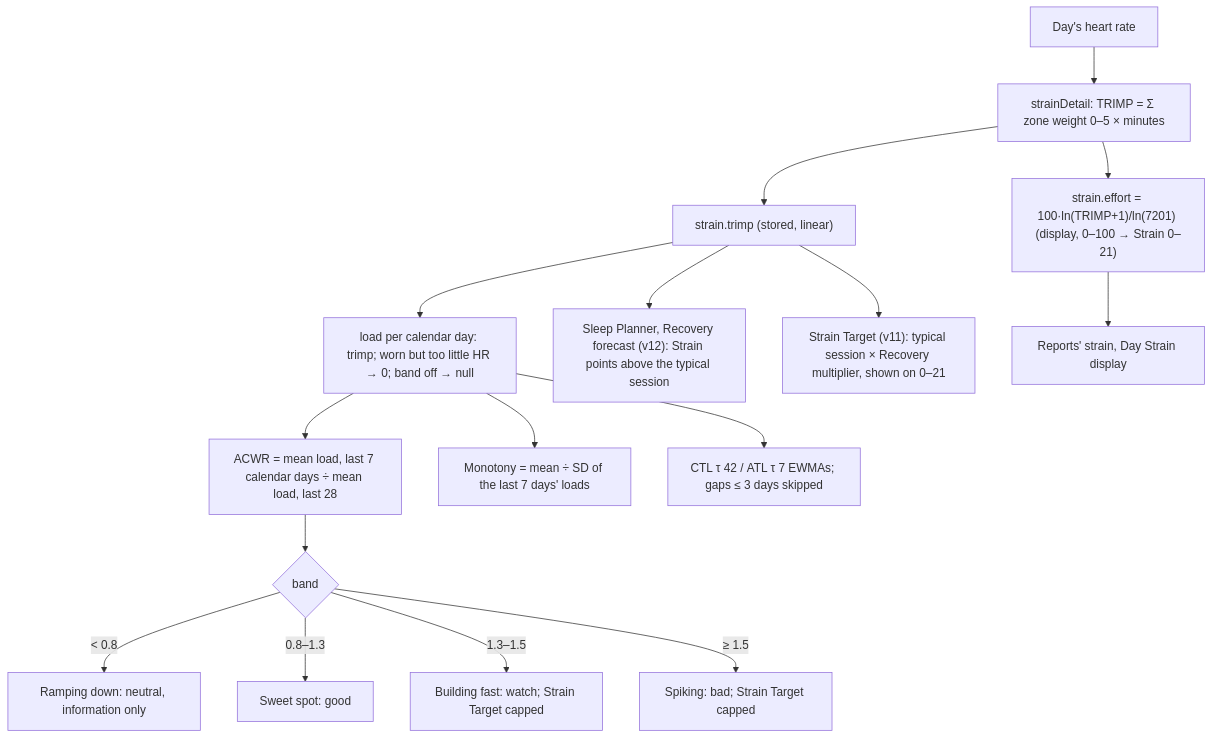
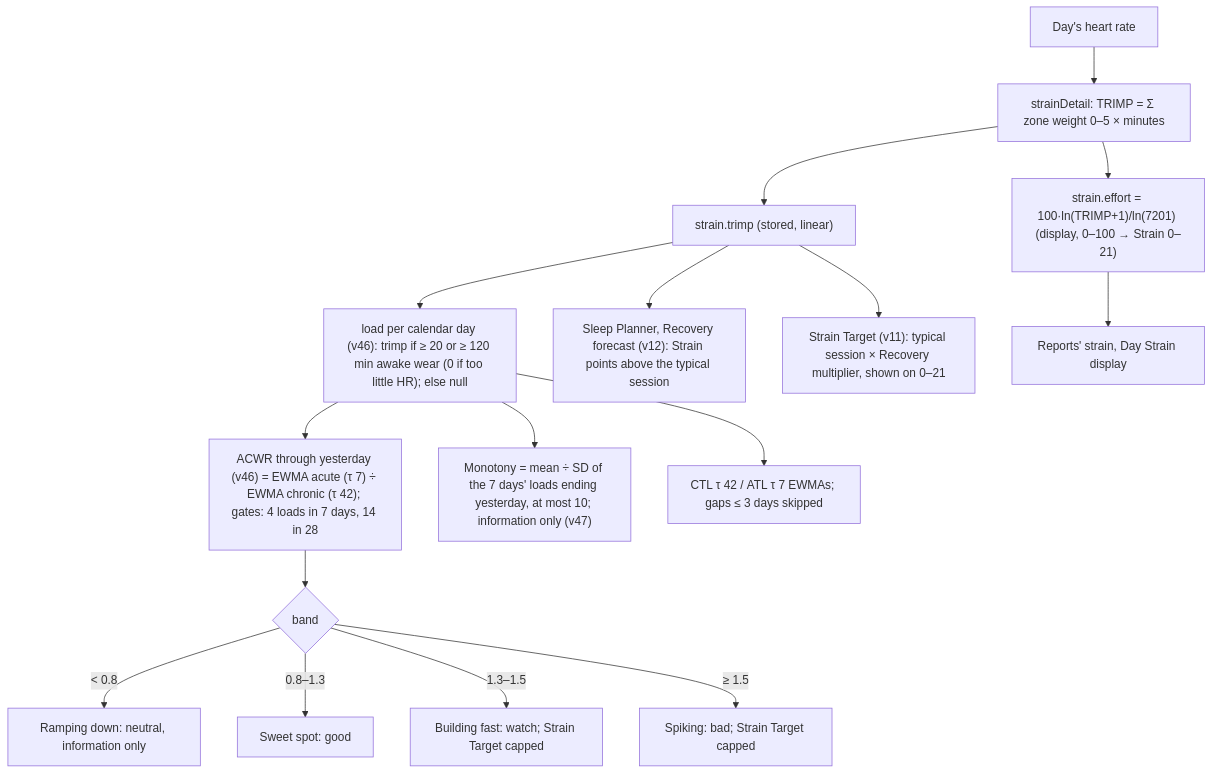
One commit to RohitDhatrak/pulse changed the diagram in docs/algorithms/training-load.md. Above: the diagram before and after it, drawn with Mermaid. The commit also changed other lines of this file and 21 other files, not shown here.

````diff
--- a/docs/algorithms/training-load.md
+++ b/docs/algorithms/training-load.md
@@ -21,18 +22,18 @@
 ```mermaid
 flowchart TB
   HR[Day's heart rate] --> SD["strainDetail: TRIMP = Σ zone weight 0–5 × minutes"]
   SD --> T["strain.trimp (stored, linear)"]
   SD --> E["strain.effort = 100·ln(TRIMP+1)/ln(7201) (display, 0–100 → Strain 0–21)"]
-  T --> L["load per calendar day: trimp; worn but too little HR → 0; band off → null"]
-  L --> A["ACWR = mean load, last 7 calendar days ÷ mean load, last 28"]
-  L --> M["Monotony = mean ÷ SD of the last 7 days' loads"]
+  T --> L["load per calendar day (v46): trimp if ≥ 20 or ≥ 120 min awake wear (0 if too little HR); else null"]
+  L --> A["ACWR through yesterday (v46) = EWMA acute (τ 7) ÷ EWMA chronic (τ 42); gates: 4 loads in 7 days, 14 in 28"]
+  L --> M["Monotony = mean ÷ SD of the 7 days' loads ending yesterday, at most 10; information only (v47)"]
   L --> F["CTL τ 42 / ATL τ 7 EWMAs; gaps ≤ 3 days skipped"]
   A --> B{band}
   B -->|"< 0.8"| RD["Ramping down: neutral, information only"]
   B -->|"0.8–1.3"| SS[Sweet spot: good]
   B -->|"1.3–1.5"| BF[Building fast: watch; Strain Target capped]
   B -->|"≥ 1.5"| SP[Spiking: bad; Strain Target capped]
   E --> ST[Reports' strain, Day Strain display]
   T --> SPF["Sleep Planner, Recovery forecast (v12): Strain points above the typical session"]
   T --> TGT["Strain Target (v11): typical session × Recovery multiplier, shown on 0–21"]
 ```
````
